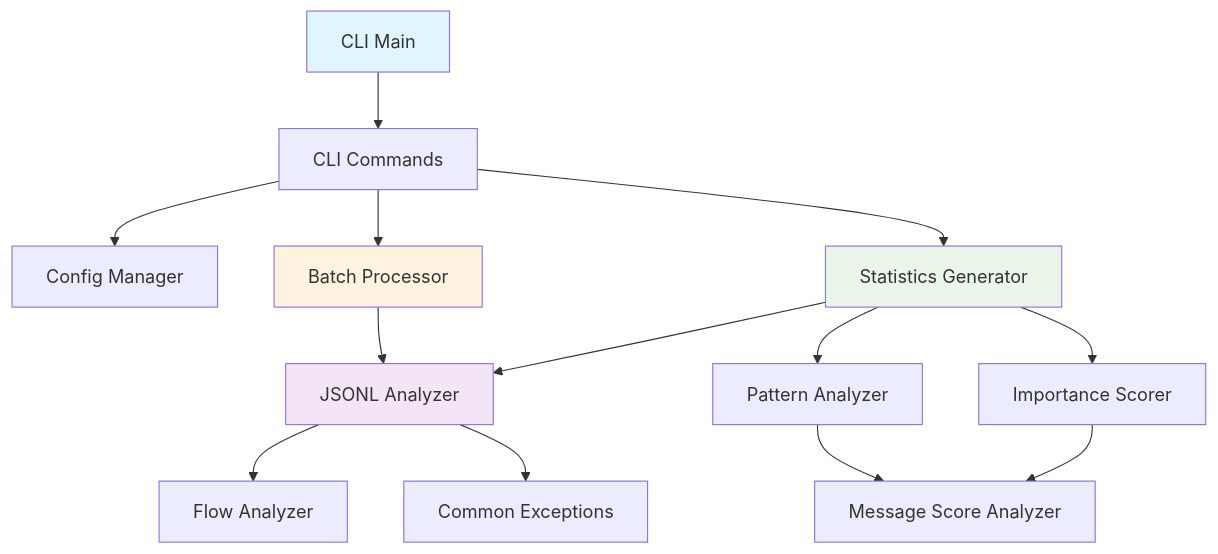
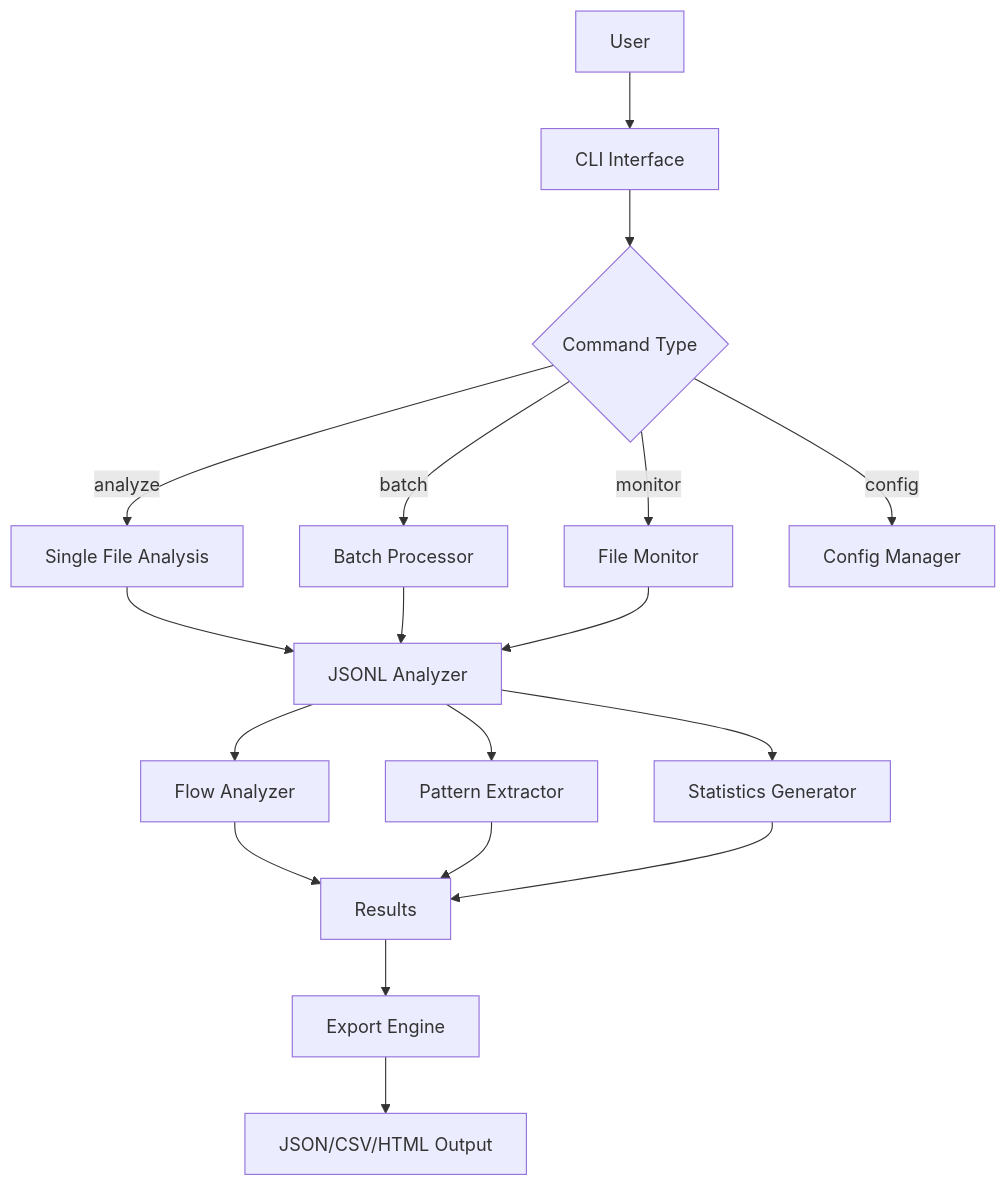
The second of 4 diagrams in ANALYSIS.md (osbornesec/ccmonitor), drawn with Mermaid before and after one commit. The commit also changed other lines of this file and 50 other files, not shown here.

````diff
--- a/ANALYSIS.md
+++ b/ANALYSIS.md
@@ -47,23 +567,25 @@
 ```mermaid
-graph TD
-    A[CLI Main] --> B[CLI Commands]
-    B --> C[Config Manager]
-    B --> D[Batch Processor]
-    B --> E[Statistics Generator]
+flowchart TD
+    A[User] --> B[CLI Interface]
+    B --> C{Command Type}
     
-    D --> F[JSONL Analyzer]
-    E --> F
-    E --> G[Pattern Analyzer]
-    E --> H[Importance Scorer]
+    C -->|analyze| D[Single File Analysis]
+    C -->|batch| E[Batch Processor]  
+    C -->|monitor| F[File Monitor]
+    C -->|config| G[Config Manager]
     
-    F --> I[Flow Analyzer]
-    F --> J[Common Exceptions]
+    D --> H[JSONL Analyzer]
+    E --> H
+    F --> H
     
-    G --> K[Message Score Analyzer]
-    H --> K
+    H --> I[Flow Analyzer]
+    H --> J[Pattern Extractor]
+    H --> K[Statistics Generator]
     
-    style A fill:#e1f5fe
-    style F fill:#f3e5f5
-    style E fill:#e8f5e8
-    style D fill:#fff3e0
+    I --> L[Results]
+    J --> L
+    K --> L
+    
+    L --> M[Export Engine]
+    M --> N[JSON/CSV/HTML Output]
 ```
````
